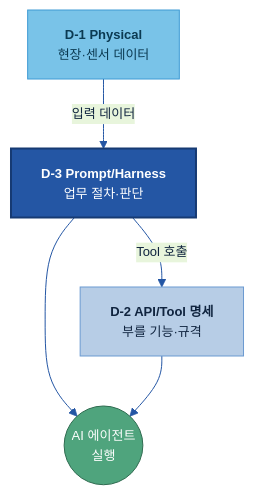
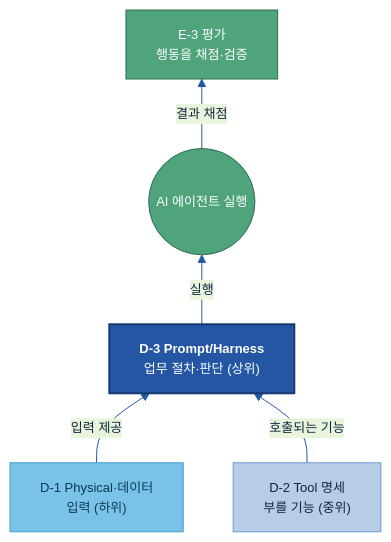
The fifth of 7 diagrams in 전체 목차/00 전체 목차 (20개 주제).md (jin-kearney/ai-ready-data-manual), drawn with Mermaid before and after one commit. The commit also changed other lines of this file, not shown here.

````diff
--- a/전체 목차/00 전체 목차 (20개 주제).md
+++ b/전체 목차/00 전체 목차 (20개 주제).md
@@ -142,17 +185,18 @@
 ```mermaid
 %%{init: {'theme':'base','themeVariables':{'primaryColor':'#DCE8F5','primaryBorderColor':'#2456A4','primaryTextColor':'#10243f','lineColor':'#2456A4','fontSize':'13px'}}}%%
-flowchart TB
-    D3["<b>D-3 Prompt/Harness</b><br/>업무 절차·판단"]:::cat
-    D2["<b>D-2 API/Tool 명세</b><br/>부를 기능·규격"]:::n
-    D1["<b>D-1 Physical</b><br/>현장·센서 데이터"]:::src
-    AG(("AI 에이전트<br/>실행")):::loop
-    D1 -->|입력 데이터| D3
-    D3 -->|Tool 호출| D2
-    D3 --> AG
-    D2 --> AG
+flowchart BT
+    D1["D-1 Physical·데이터<br/>입력 (하위)"]:::src
+    D2["D-2 Tool 명세<br/>부를 기능 (중위)"]:::n
+    D3["<b>D-3 Prompt/Harness</b><br/>업무 절차·판단 (상위)"]:::cat
+    AG(("AI 에이전트 실행")):::loop
+    E3["E-3 평가<br/>행동을 채점·검증"]:::loop
+    D1 -->|입력 제공| D3
+    D2 -->|호출되는 기능| D3
+    D3 -->|실행| AG
+    AG -->|결과 채점| E3
 
     classDef n fill:#B7CDE6,stroke:#6B9AD1,color:#10243f;
     classDef src fill:#79C3E8,stroke:#3F9BD4,color:#0b3a52;
     classDef cat fill:#2456A4,color:#fff,stroke:#163a73,stroke-width:2px;
     classDef loop fill:#4FA47D,stroke:#2f6b50,color:#fff;
 ```
````
